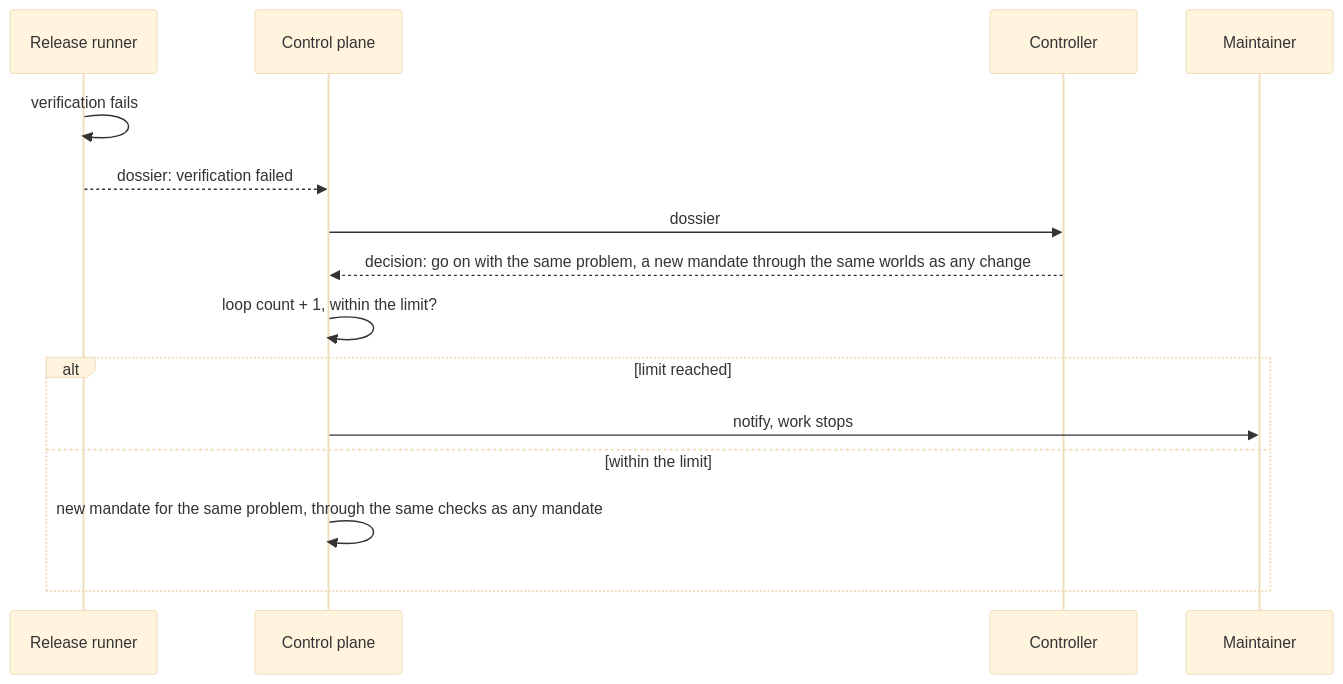
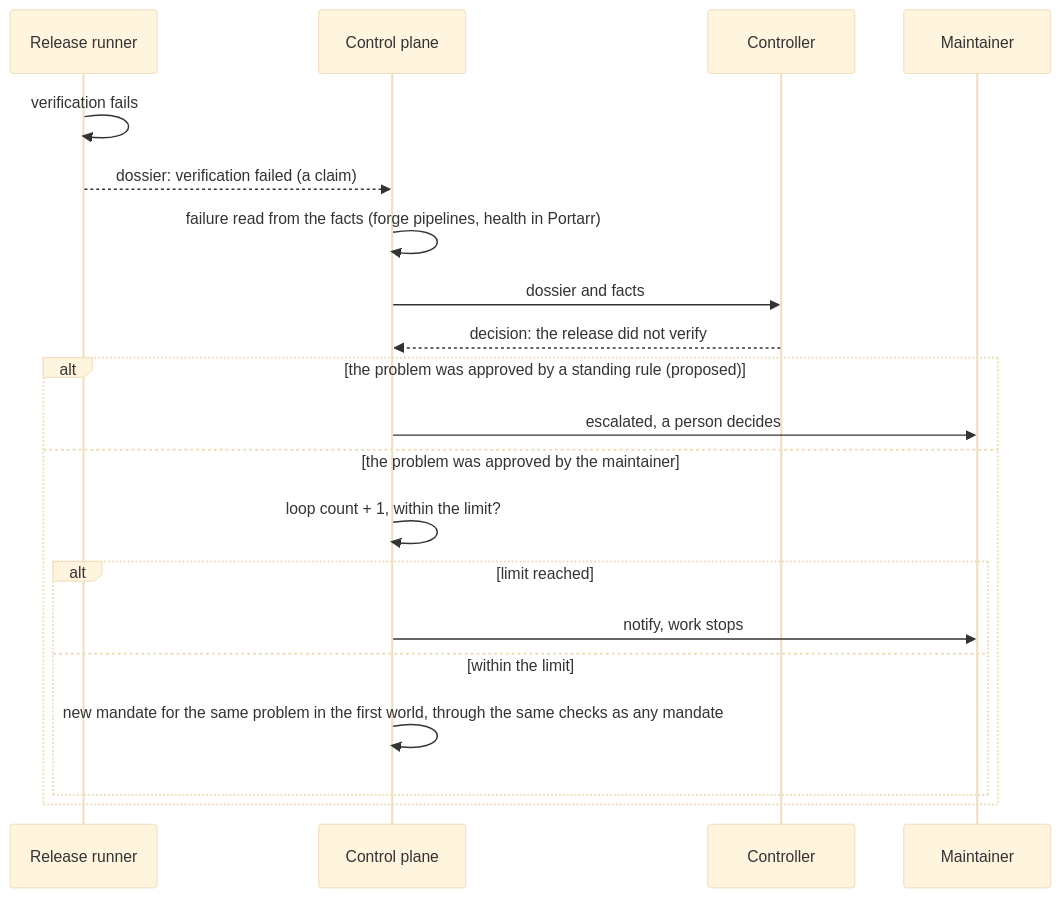
Diagram 12 of 12 in docs/ARCHITECTURE.md (MafLabs38/orchestrarr), drawn with Mermaid (base theme) before and after one commit. The commit also changed other lines of this file and 2 other files, not shown here.

Commit message:
docs: the authority's state, the failure sequence and the recording of a deployment

````diff
--- a/docs/ARCHITECTURE.md
+++ b/docs/ARCHITECTURE.md
@@ -426,17 +426,22 @@
 ```mermaid
 sequenceDiagram
     participant R as Release runner
     participant CP as Control plane
     participant C as Controller
     participant M as Maintainer
     R->>R: verification fails
-    R-->>CP: dossier: verification failed
-    CP->>C: dossier
-    C-->>CP: decision: go on with the same problem, a new mandate through the same worlds as any change
-    CP->>CP: loop count + 1, within the limit?
-    alt limit reached
-        CP->>M: notify, work stops
-    else within the limit
-        CP->>CP: new mandate for the same problem, through the same checks as any mandate
+    R-->>CP: dossier: verification failed (a claim)
+    CP->>CP: failure read from the facts (forge pipelines, health in Portarr)
+    CP->>C: dossier and facts
+    C-->>CP: decision: the release did not verify
+    alt the problem was approved by a standing rule (proposed)
+        CP->>M: escalated, a person decides
+    else the problem was approved by the maintainer
+        CP->>CP: loop count + 1, within the limit?
+        alt limit reached
+            CP->>M: notify, work stops
+        else within the limit
+            CP->>CP: new mandate for the same problem in the first world, through the same checks as any mandate
+        end
     end
 ```
````
